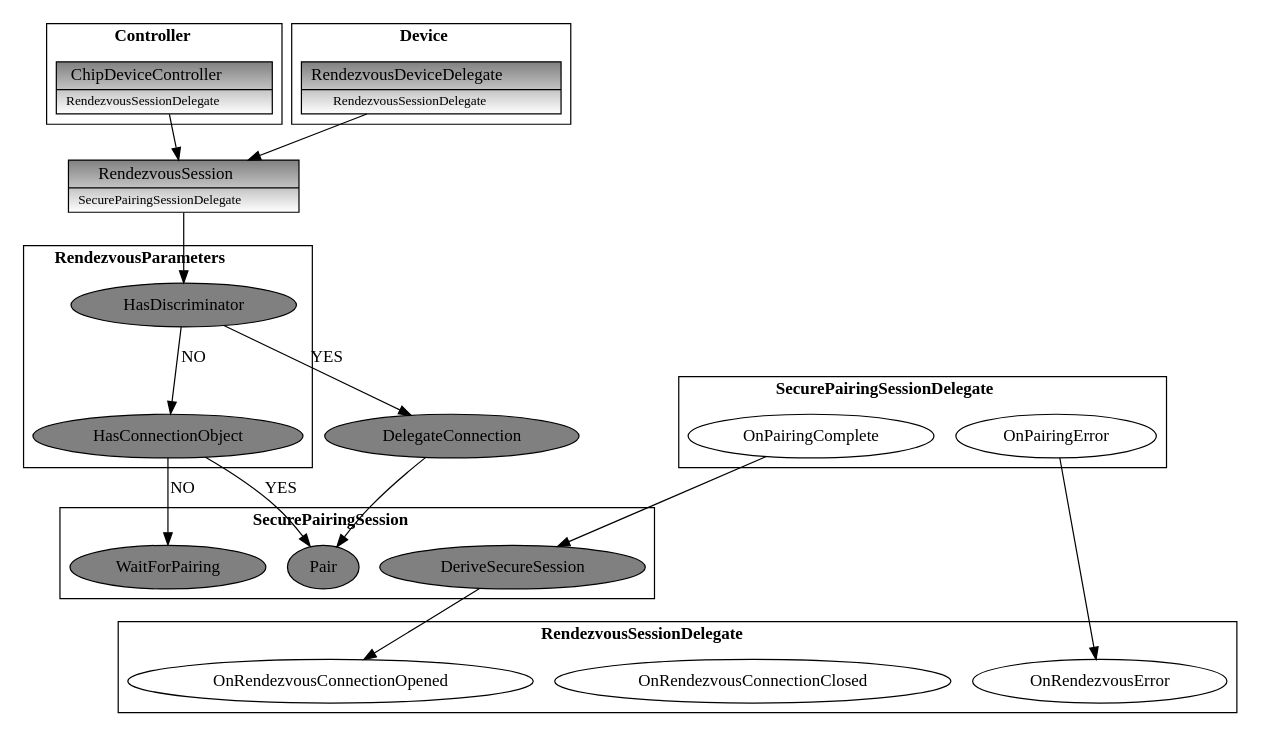
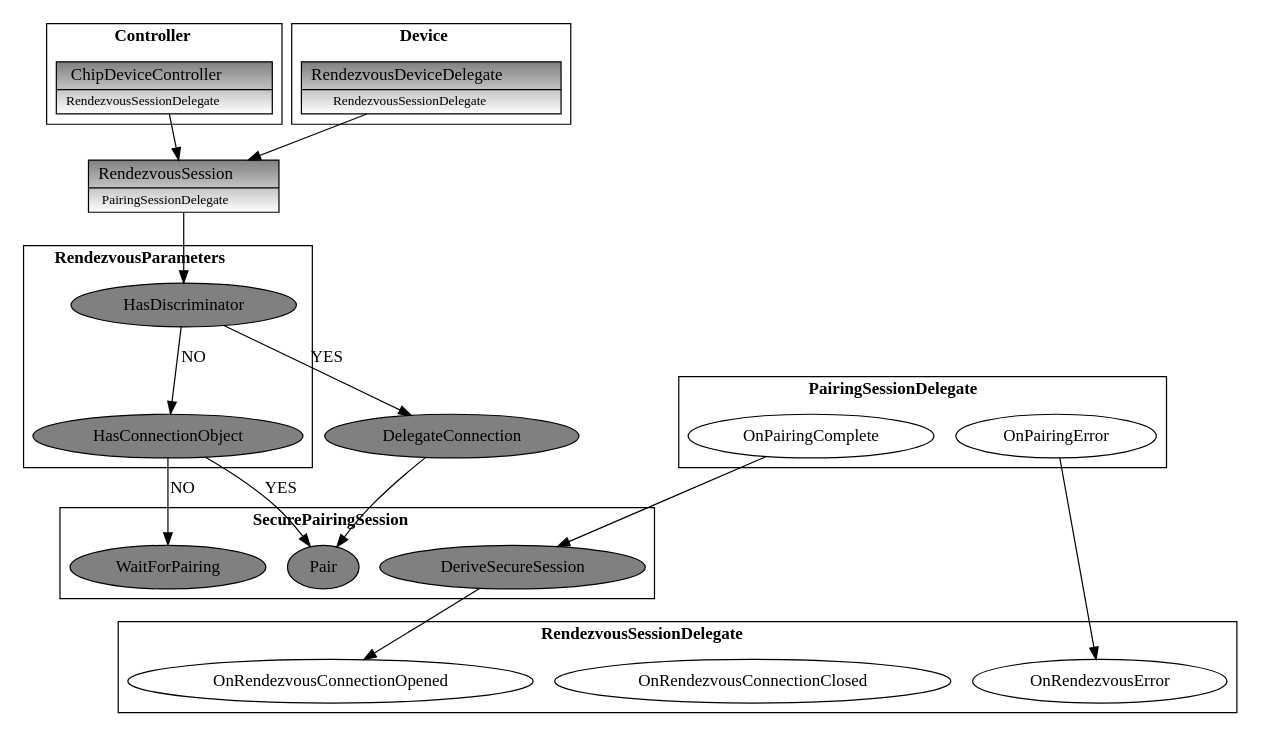
Before and after one commit to project-chip/connectedhomeip: the diagram in docs/dots/Rendezvous/RendezvousSessionInit.dot, drawn with Graphviz. The commit also changed 9 other files, not shown here.

```diff
--- a/docs/dots/Rendezvous/RendezvousSessionInit.dot
+++ b/docs/dots/Rendezvous/RendezvousSessionInit.dot
@@ -1,83 +1,83 @@
 digraph RendezvousSession
 {
   node [fillcolor="gray", style=filled]
 
   # This section represents controller-only elements
   subgraph cluster_controller {
     label=<<b>Controller</b>>
     node [fillcolor="white:gray", gradientangle=90]
 
     ChipDeviceController [shape=record label=<{ChipDeviceController|<font point-size="11">RendezvousSessionDelegate</font>}>, URL="@ref chip::DeviceController::ChipDeviceController"]
   }
 
   # This section represents device-only elements
   subgraph cluster_device {
     label=<<b>Device</b>>
     node [fillcolor="white:gray", gradientangle=90]
 
     RendezvousDeviceDelegate [shape=record label=<{RendezvousDeviceDelegate|<font point-size="11">RendezvousSessionDelegate</font>}> URL="@ref chip::RendezvousSessionDelegate"]
   }
 
   # This section represents elements which belongs to src/transport/
   subgraph rendezvousSession {
     node [fillcolor="white:gray", gradientangle=90]
 
-    RendezvousSession [shape=record, label=<{RendezvousSession|<font point-size="11">SecurePairingSessionDelegate</font>}>, URL="@ref chip::SecurePairingSessionDelegate"]
+    RendezvousSession [shape=record, label=<{RendezvousSession|<font point-size="11">PairingSessionDelegate</font>}>, URL="@ref chip::PairingSessionDelegate"]
   }
 
   # This section represents methods which belongs to SecurePairingSession
   subgraph cluster_securePairingSession {
     label=<<b>SecurePairingSession</b>>
     node [fillcolor="gray"]
 
     WaitForPairing [URL="@ref chip::SecurePairingSession::WaitForPairing"]
     Pair [URL="@ref chip::SecurePairingSession::Pair"]
     DeriveSecureSession [URL="@ref chip::SecurePairingSession::DeriveSecureSession"]
   }
 
   # This section represents methods which belongs to RendezvousParameters
   subgraph cluster_RendezvousParameters {
     label=<<b>RendezvousParameters</b>>
     node [fillcolor="gray"]
 
     HasDiscriminator [URL="@ref chip::RendezvousParameters::HasDiscriminator"]
     HasConnectionObject [URL="@ref chip::RendezvousParameters::HasConnectionObject"]
   }
 
   # This section represents callbacks which belongs to RendezvousSessionDelegate
   subgraph cluster_rendezvousSessionDelegate {
     label=<<b>RendezvousSessionDelegate</b>>
     node [fillcolor="white"]
 
     OnRendezvousConnectionOpened [URL="@ref chip::RendezvousSessionDelegate::OnRendezvousConnectionOpened"]
     OnRendezvousConnectionClosed [URL="@ref chip::RendezvousSessionDelegate::OnRendezvousConnectionClosed"]
     OnRendezvousError [URL="@ref chip::RendezvousSessionDelegate::OnRendezvousError"]
   }
 
-  # This section represents callbacks which belongs to SecurePairingSessionDelegate
+  # This section represents callbacks which belongs to PairingSessionDelegate
   subgraph cluster_securePairingSessionDelegate {
-    label=<<b>SecurePairingSessionDelegate</b>>
+    label=<<b>PairingSessionDelegate</b>>
     node [fillcolor="white"]
 
-    OnPairingError [URL="@ref chip::SecurePairingSessionDelegate::OnPairingError"]
-    OnPairingComplete [URL="@ref chip::SecurePairingSessionDelegate::OnPairingComplete"]
+    OnPairingError [URL="@ref chip::PairingSessionDelegate::OnPairingError"]
+    OnPairingComplete [URL="@ref chip::PairingSessionDelegate::OnPairingComplete"]
   }
 
   #############################
   # Main relationships
   #############################
   {ChipDeviceController, RendezvousDeviceDelegate} -> RendezvousSession
 
   RendezvousSession -> HasDiscriminator
 
   HasDiscriminator -> DelegateConnection [label=YES]
   DelegateConnection -> Pair
 
   HasDiscriminator -> HasConnectionObject [label=NO]
   HasConnectionObject -> Pair [label=YES]
 
   HasConnectionObject -> WaitForPairing [label=NO]
 
   OnPairingError -> OnRendezvousError
   OnPairingComplete -> DeriveSecureSession -> OnRendezvousConnectionOpened
 }
```
